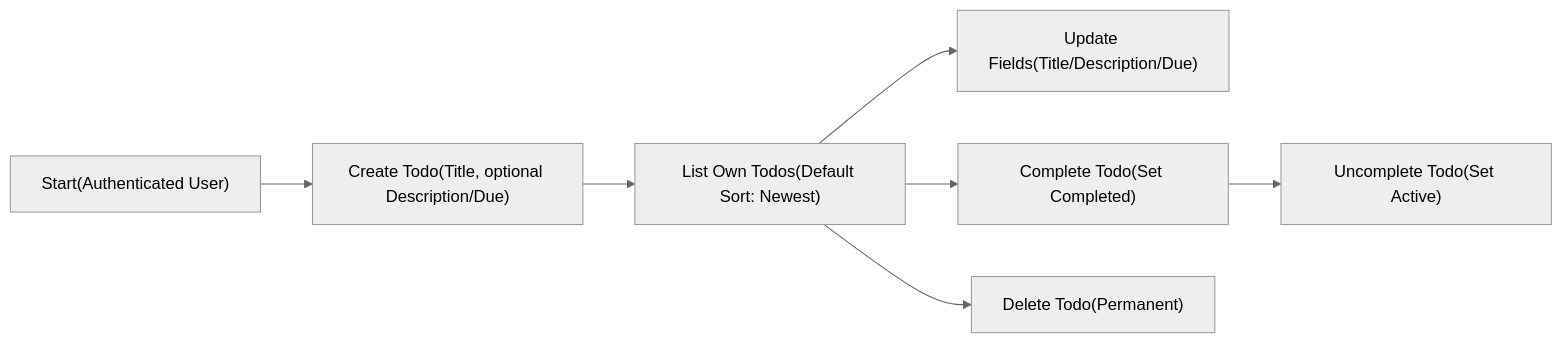
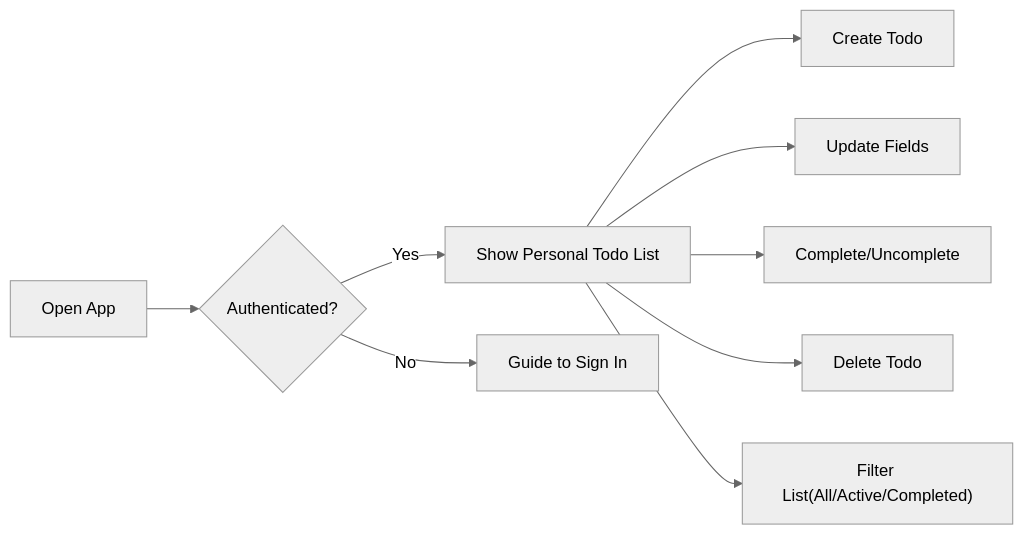
The first of 4 diagrams in docs/analysis/01-service-overview.md (wrtnlabs/autobe-example-todo-openai-gpt-5), drawn with Mermaid (neutral theme) before and after one commit. The commit also changed other lines of this file and 957 other files, not shown here.

````diff
--- a/docs/analysis/01-service-overview.md
+++ b/docs/analysis/01-service-overview.md
@@ -92,9 +99,11 @@
 ```mermaid
 graph LR
-  A["Start(Authenticated User)"] --> B["Create Todo(Title, optional Description/Due)"]
-  B --> C["List Own Todos(Default Sort: Newest)"]
-  C --> D["Update Fields(Title/Description/Due)"]
-  C --> E["Complete Todo(Set Completed)"]
-  E --> F["Uncomplete Todo(Set Active)"]
-  C --> G["Delete Todo(Permanent)"]
+  A["Open App"] --> B{"Authenticated?"}
+  B -->|"Yes"| C["Show Personal Todo List"]
+  B -->|"No"| D["Guide to Sign In"]
+  C --> E["Create Todo"]
+  C --> F["Update Fields"]
+  C --> G["Complete/Uncomplete"]
+  C --> H["Delete Todo"]
+  C --> I["Filter List(All/Active/Completed)"]
 ```
````
